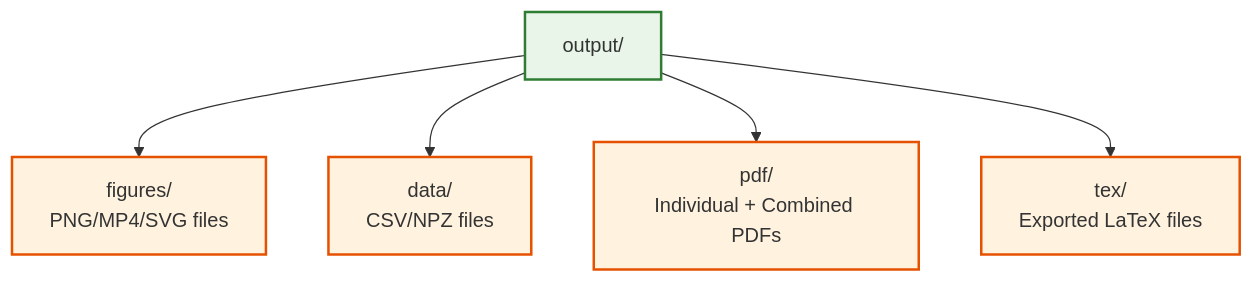
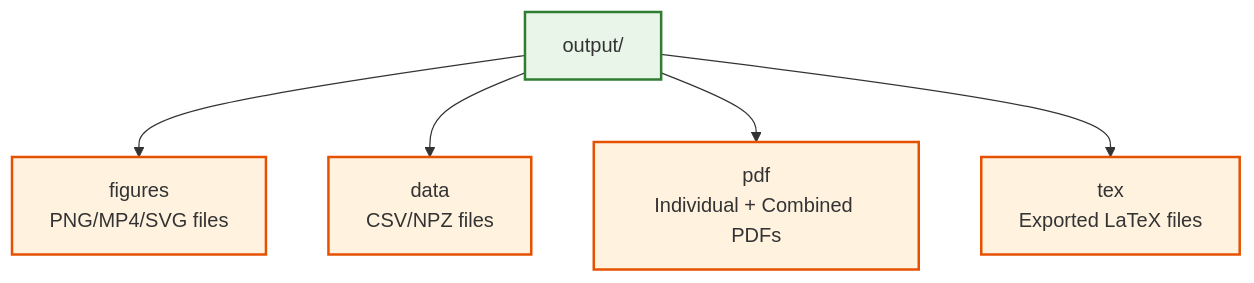
The fourth of 4 diagrams in docs/core/workflow.md (docxology/template), drawn with Mermaid before and after one commit. The commit also changed other lines of this file and 164 other files, not shown here.

````diff
--- a/docs/core/workflow.md
+++ b/docs/core/workflow.md
@@ -316,13 +315,13 @@
 ```mermaid
 graph TD
-    OUTPUT[output/] --> FIGS[figures/<br/>PNG/MP4/SVG files]
-    OUTPUT --> DATA[data/<br/>CSV/NPZ files]
-    OUTPUT --> PDFS[pdf/<br/>Individual + Combined PDFs]
-    OUTPUT --> TEX[tex/<br/>Exported LaTeX files]
+    OUTPUT[output/] --> FIGS[figures<br/>PNG/MP4/SVG files]
+    OUTPUT --> DATA[data<br/>CSV/NPZ files]
+    OUTPUT --> PDFS[pdf<br/>Individual + Combined PDFs]
+    OUTPUT --> TEX[tex<br/>Exported LaTeX files]
 
     classDef dir fill:#e8f5e8,stroke:#2e7d32,stroke-width:2px
     classDef files fill:#fff3e0,stroke:#e65100,stroke-width:2px
 
     class OUTPUT dir
     class FIGS,DATA,PDFS,TEX files
 ```
````
